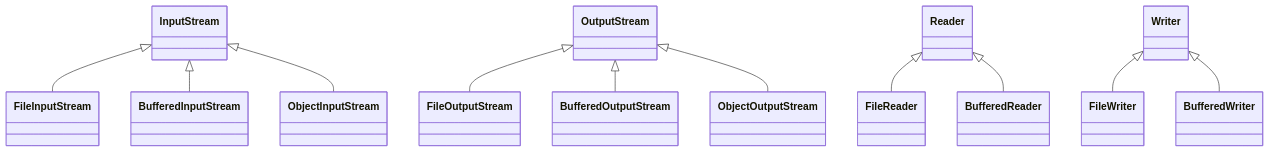
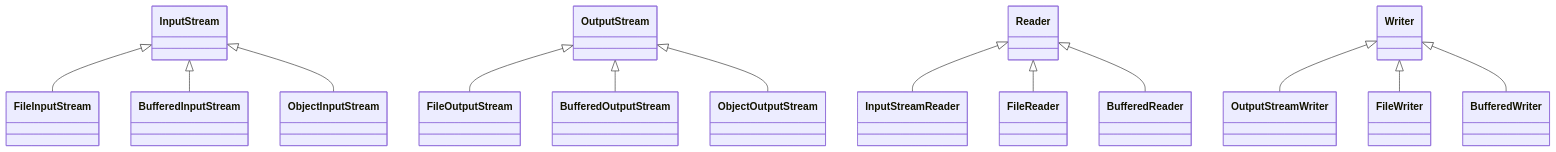
The diagram in 12. Ввод-вывод, файлы и сериализация.md (MirosMax/Java), drawn with Mermaid before and after one commit. The commit also changed other lines of this file, not shown here.

````diff
--- a/12. Ввод-вывод, файлы и сериализация.md
+++ b/12. Ввод-вывод, файлы и сериализация.md
@@ -21,13 +27,15 @@
 ```mermaid
 classDiagram
     InputStream <|-- FileInputStream
     InputStream <|-- BufferedInputStream
     InputStream <|-- ObjectInputStream
     OutputStream <|-- FileOutputStream
     OutputStream <|-- BufferedOutputStream
     OutputStream <|-- ObjectOutputStream
+    Reader <|-- InputStreamReader
     Reader <|-- FileReader
     Reader <|-- BufferedReader
+    Writer <|-- OutputStreamWriter
     Writer <|-- FileWriter
     Writer <|-- BufferedWriter
 ```
````
